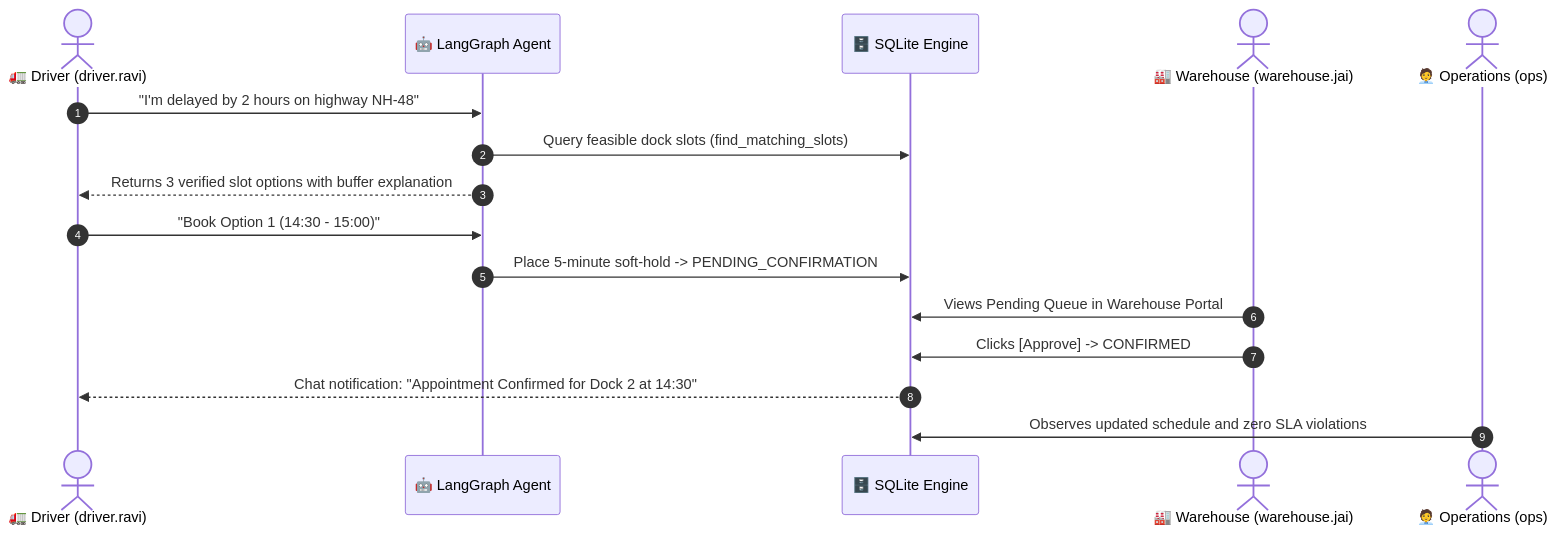
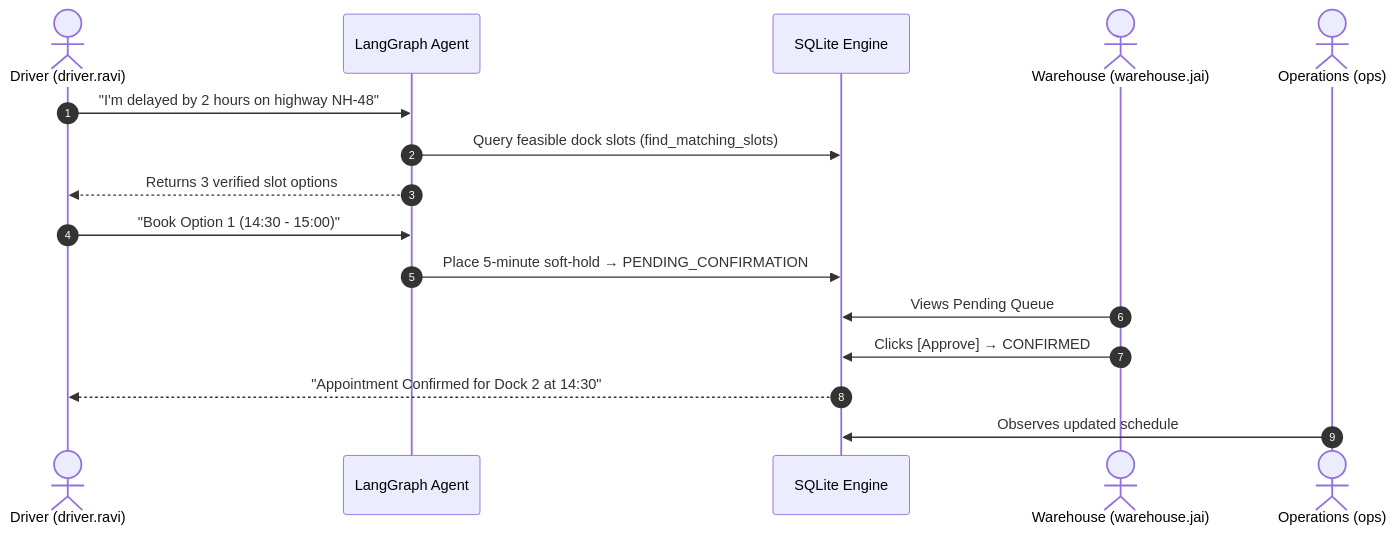
Before and after one commit to learningsam20/sethaul-scheduling: the second of 2 diagrams in README.md, drawn with Mermaid. The commit also changed other lines of this file and 17 other files, not shown here.

````diff
--- a/README.md
+++ b/README.md
@@ -117,19 +182,19 @@
 ```mermaid
 sequenceDiagram
     autonumber
-    actor Driver as 🚛 Driver (driver.ravi)
-    participant Agent as 🤖 LangGraph Agent
-    participant DB as 🗄️ SQLite Engine
-    actor WH as 🏭 Warehouse (warehouse.jai)
-    actor Ops as 🧑‍💼 Operations (ops)
+    actor Driver as Driver (driver.ravi)
+    participant Agent as LangGraph Agent
+    participant DB as SQLite Engine
+    actor WH as Warehouse (warehouse.jai)
+    actor Ops as Operations (ops)
 
     Driver->>Agent: "I'm delayed by 2 hours on highway NH-48"
     Agent->>DB: Query feasible dock slots (find_matching_slots)
-    Agent-->>Driver: Returns 3 verified slot options with buffer explanation
+    Agent-->>Driver: Returns 3 verified slot options
     Driver->>Agent: "Book Option 1 (14:30 - 15:00)"
-    Agent->>DB: Place 5-minute soft-hold -> PENDING_CONFIRMATION
-    WH->>DB: Views Pending Queue in Warehouse Portal
-    WH->>DB: Clicks [Approve] -> CONFIRMED
-    DB-->>Driver: Chat notification: "Appointment Confirmed for Dock 2 at 14:30"
-    Ops->>DB: Observes updated schedule and zero SLA violations
+    Agent->>DB: Place 5-minute soft-hold → PENDING_CONFIRMATION
+    WH->>DB: Views Pending Queue
+    WH->>DB: Clicks [Approve] → CONFIRMED
+    DB-->>Driver: "Appointment Confirmed for Dock 2 at 14:30"
+    Ops->>DB: Observes updated schedule
 ```
````
